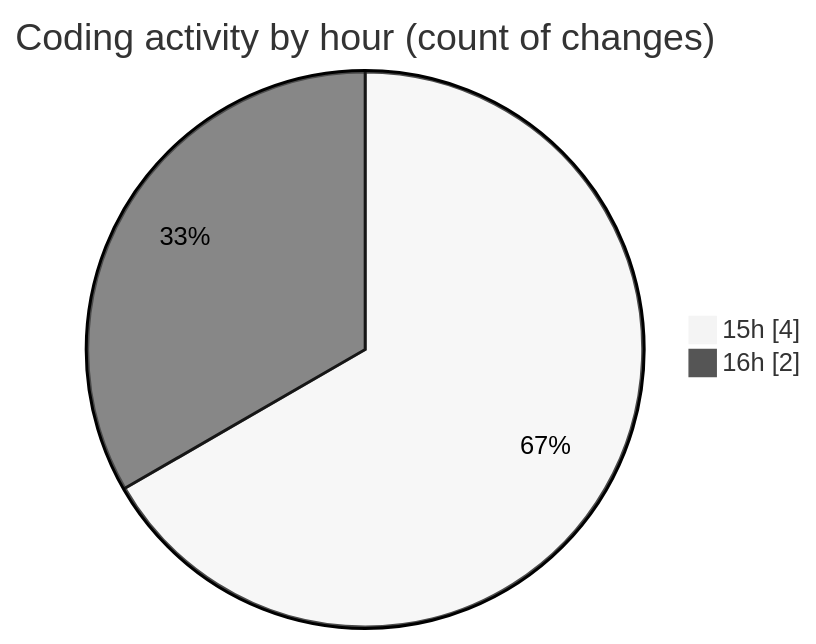
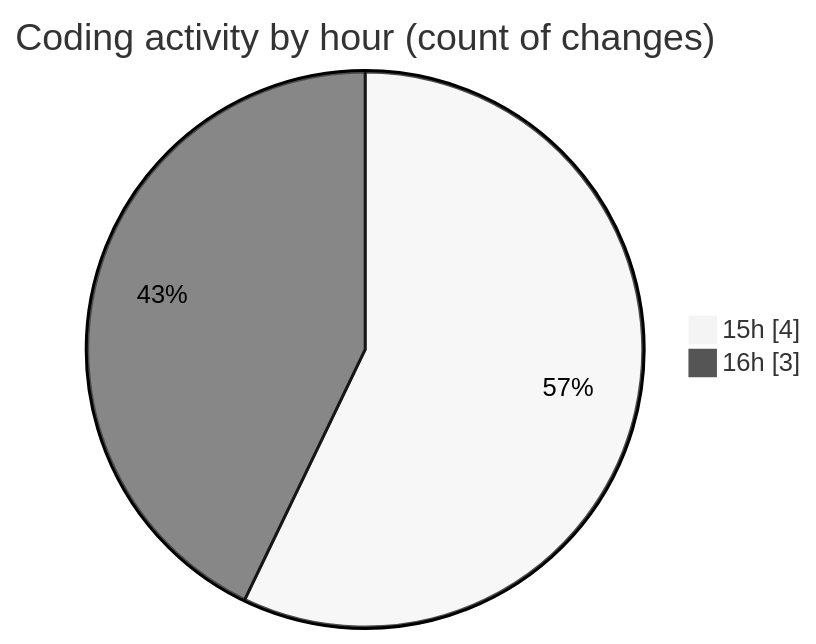
One commit to julien-gomy/code-tracking changed the second of 2 diagrams in 2025-11-08/usr_aleoudev_fr__workspace_/README.md. Above: the diagram before and after it, drawn with Mermaid (neutral theme). The commit also changed other lines of this file and 1 other file, not shown here.

````diff
--- a/2025-11-08/usr_aleoudev_fr__workspace_/README.md
+++ b/2025-11-08/usr_aleoudev_fr__workspace_/README.md
@@ -29,6 +29,6 @@
 ```mermaid
 pie showData
 title Coding activity by hour (count of changes)
 "15h" : 4
-"16h" : 2
+"16h" : 3
 ```
````
